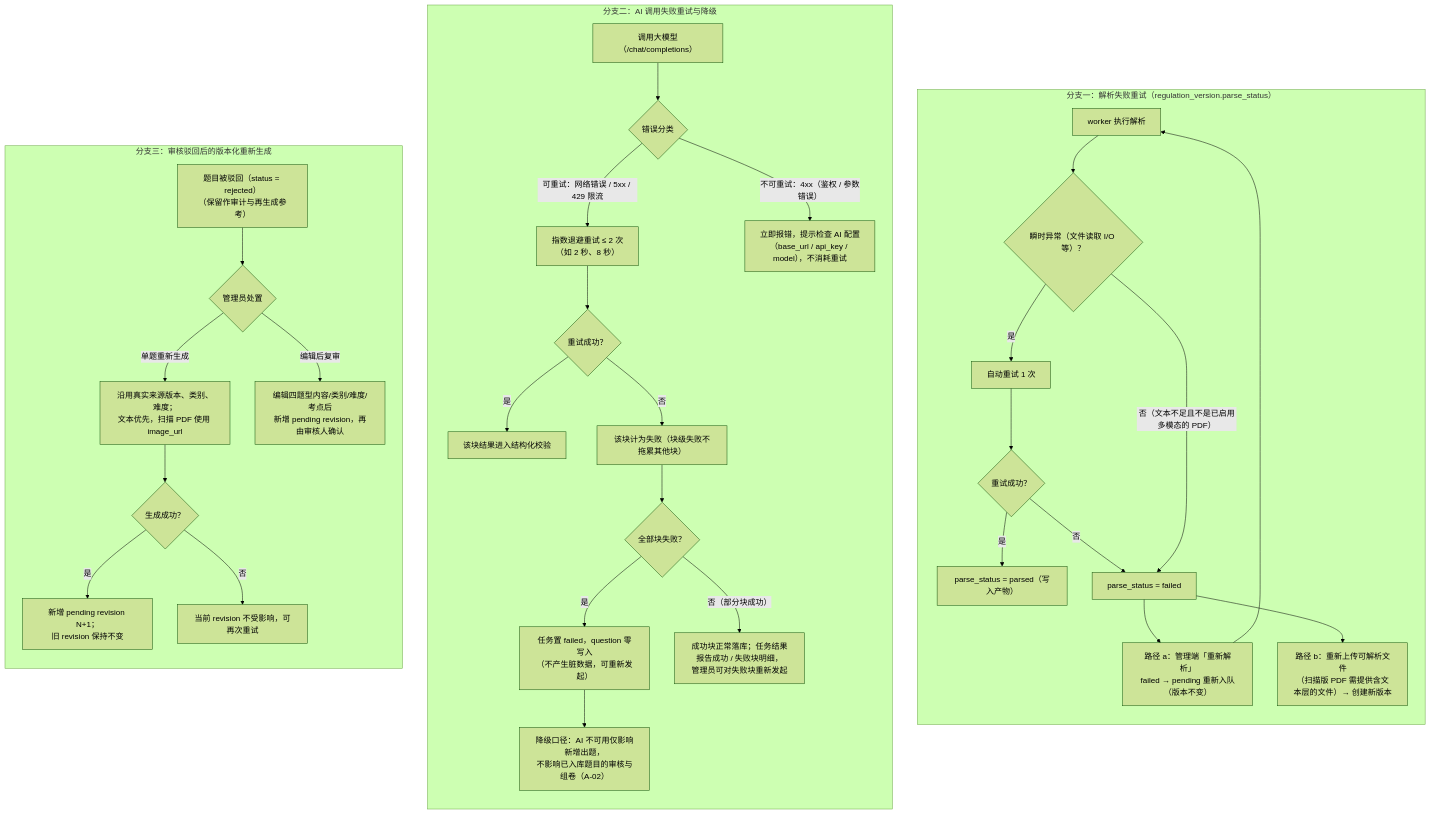
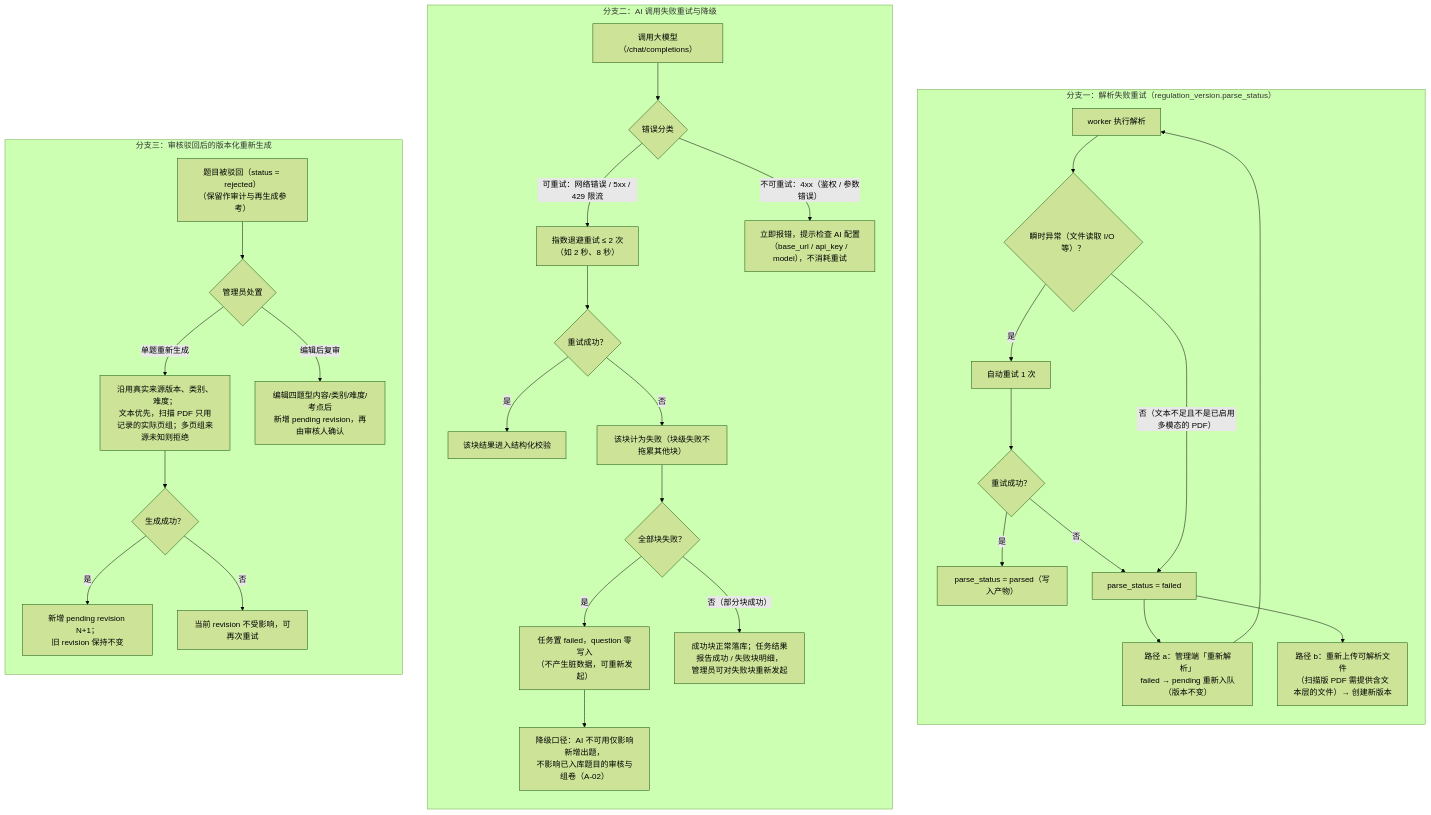
One commit to caoguanjie/emodor-exam changed the fourth of 16 diagrams in docs/design/06-关键流程.md. Above: the diagram before and after it, drawn with Mermaid (forest theme). The commit also changed other lines of this file and 27 other files, not shown here.

````diff
--- a/docs/design/06-关键流程.md
+++ b/docs/design/06-关键流程.md
@@ -269,39 +271,39 @@
 ```mermaid
 flowchart TB
     subgraph EXA["分支一：解析失败重试（regulation_version.parse_status）"]
         direction TB
         X1["worker 执行解析"] --> X2{"瞬时异常（文件读取 I/O 等）？"}
         X2 -->|"是"| X3["自动重试 1 次"]
         X3 --> X4{"重试成功？"}
         X4 -->|"是"| X5["parse_status = parsed（写入产物）"]
         X4 -->|"否"| X6["parse_status = failed"]
         X2 -->|"否（文本不足且不是已启用多模态的 PDF）"| X6
         X6 --> X7["路径 a：管理端「重新解析」<br/>failed → pending 重新入队（版本不变）"]
         X6 --> X8["路径 b：重新上传可解析文件<br/>（扫描版 PDF 需提供含文本层的文件）→ 创建新版本"]
         X7 --> X1
     end
 
     subgraph EXB["分支二：AI 调用失败重试与降级"]
         direction TB
         Y1["调用大模型（/chat/completions）"] --> Y2{"错误分类"}
         Y2 -->|"可重试：网络错误 / 5xx / 429 限流"| Y3["指数退避重试 ≤ 2 次<br/>（如 2 秒、8 秒）"]
         Y3 --> Y4{"重试成功？"}
         Y4 -->|"是"| Y5["该块结果进入结构化校验"]
         Y4 -->|"否"| Y6["该块计为失败（块级失败不拖累其他块）"]
         Y2 -->|"不可重试：4xx（鉴权 / 参数错误）"| Y7["立即报错，提示检查 AI 配置<br/>（base_url / api_key / model），不消耗重试"]
         Y6 --> Y8{"全部块失败？"}
         Y8 -->|"是"| Y9["任务置 failed，question 零写入<br/>（不产生脏数据，可重新发起）"]
         Y8 -->|"否（部分块成功）"| Y10["成功块正常落库；任务结果报告成功 / 失败块明细，<br/>管理员可对失败块重新发起"]
         Y9 --> Y11["降级口径：AI 不可用仅影响新增出题，<br/>不影响已入库题目的审核与组卷（A-02）"]
     end
 
     subgraph EXC["分支三：审核驳回后的版本化重新生成"]
         direction TB
         Z1["题目被驳回（status = rejected）<br/>（保留作审计与再生成参考）"] --> Z2{"管理员处置"}
-        Z2 -->|"单题重新生成"| Z3["沿用真实来源版本、类别、难度；<br/>文本优先，扫描 PDF 使用 image_url"]
+        Z2 -->|"单题重新生成"| Z3["沿用真实来源版本、类别、难度；<br/>文本优先，扫描 PDF 只用记录的实际页组；多页组来源未知则拒绝"]
         Z3 --> Z4{"生成成功？"}
         Z4 -->|"是"| Z5["新增 pending revision N+1；<br/>旧 revision 保持不变"]
         Z4 -->|"否"| Z6["当前 revision 不受影响，可再次重试"]
         Z2 -->|"编辑后复审"| Z7["编辑四题型内容/类别/难度/考点后<br/>新增 pending revision，再由审核人确认"]
     end
 ```
````
